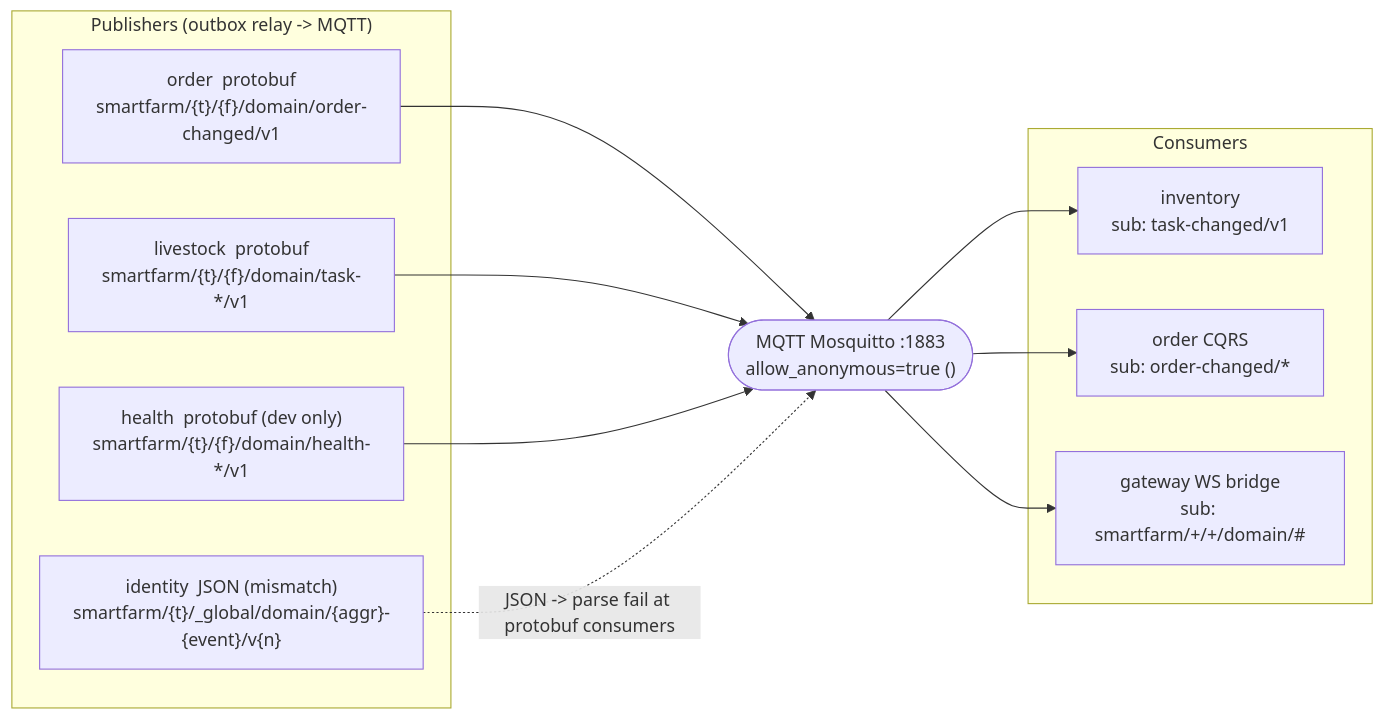
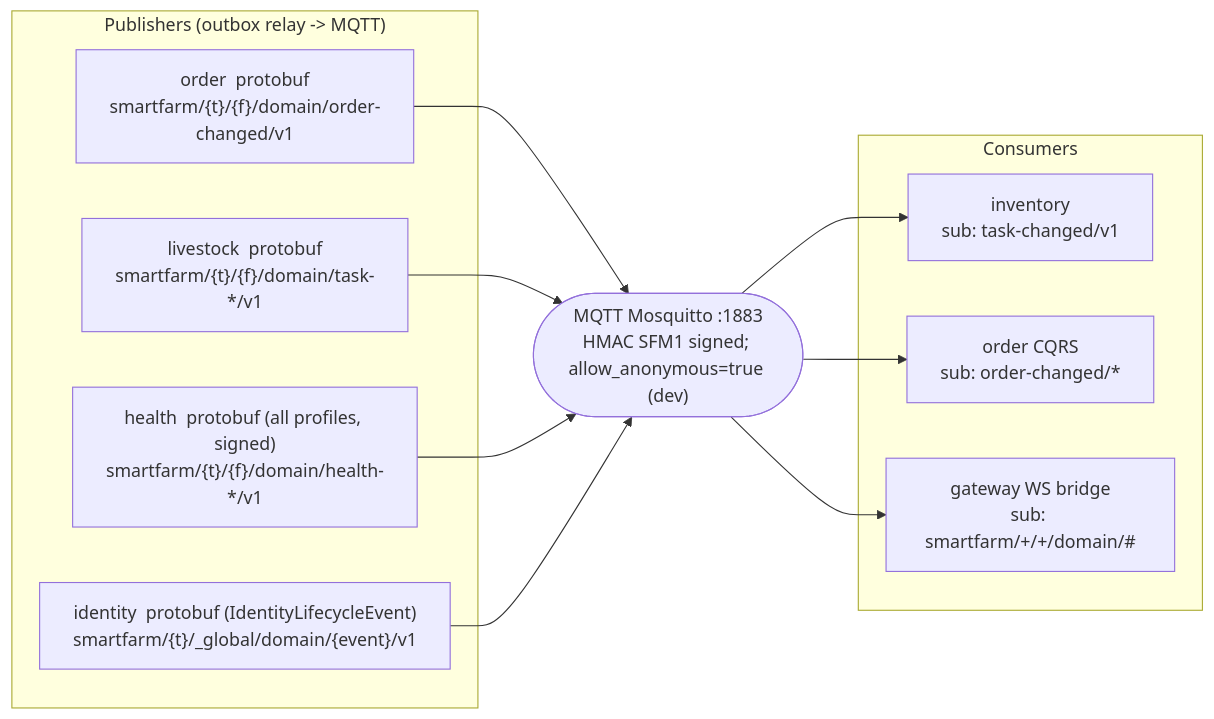
Before and after one commit to hatrongvu13/smartfarm-platform-maven-starter: the sixth of 6 diagrams in docs/architecture/request-flows.md, drawn with Mermaid. The commit also changed other lines of this file and 15 other files, not shown here.

First line of the commit message:
docs: truth pass -- audit log, outstanding issues, architecture & service docs

````diff
--- a/docs/architecture/request-flows.md
+++ b/docs/architecture/request-flows.md
@@ -137,18 +137,17 @@
 ```mermaid
 flowchart LR
   subgraph Publishers["Publishers (outbox relay -> MQTT)"]
     O["order  protobuf<br/>smartfarm/{t}/{f}/domain/order-changed/v1"]
     L["livestock  protobuf<br/>smartfarm/{t}/{f}/domain/task-*/v1"]
-    H["health  protobuf (dev only)<br/>smartfarm/{t}/{f}/domain/health-*/v1"]
-    I["identity  JSON (mismatch)<br/>smartfarm/{t}/_global/domain/{aggr}-{event}/v{n}"]
+    H["health  protobuf (all profiles, signed)<br/>smartfarm/{t}/{f}/domain/health-*/v1"]
+    I["identity  protobuf (IdentityLifecycleEvent)<br/>smartfarm/{t}/_global/domain/{event}/v1"]
   end
-  broker(["MQTT Mosquitto :1883<br/>allow_anonymous=true ()"])
+  broker(["MQTT Mosquitto :1883<br/>HMAC SFM1 signed; allow_anonymous=true (dev)"])
   subgraph Consumers
     IC["inventory<br/>sub: task-changed/v1"]
     OC["order CQRS<br/>sub: order-changed/*"]
     WS["gateway WS bridge<br/>sub: smartfarm/+/+/domain/#"]
   end
-  O & L & H --> broker
-  I -.->|"JSON -> parse fail at protobuf consumers"| broker
+  O & L & H & I --> broker
   broker --> IC & OC & WS
 ```
````
